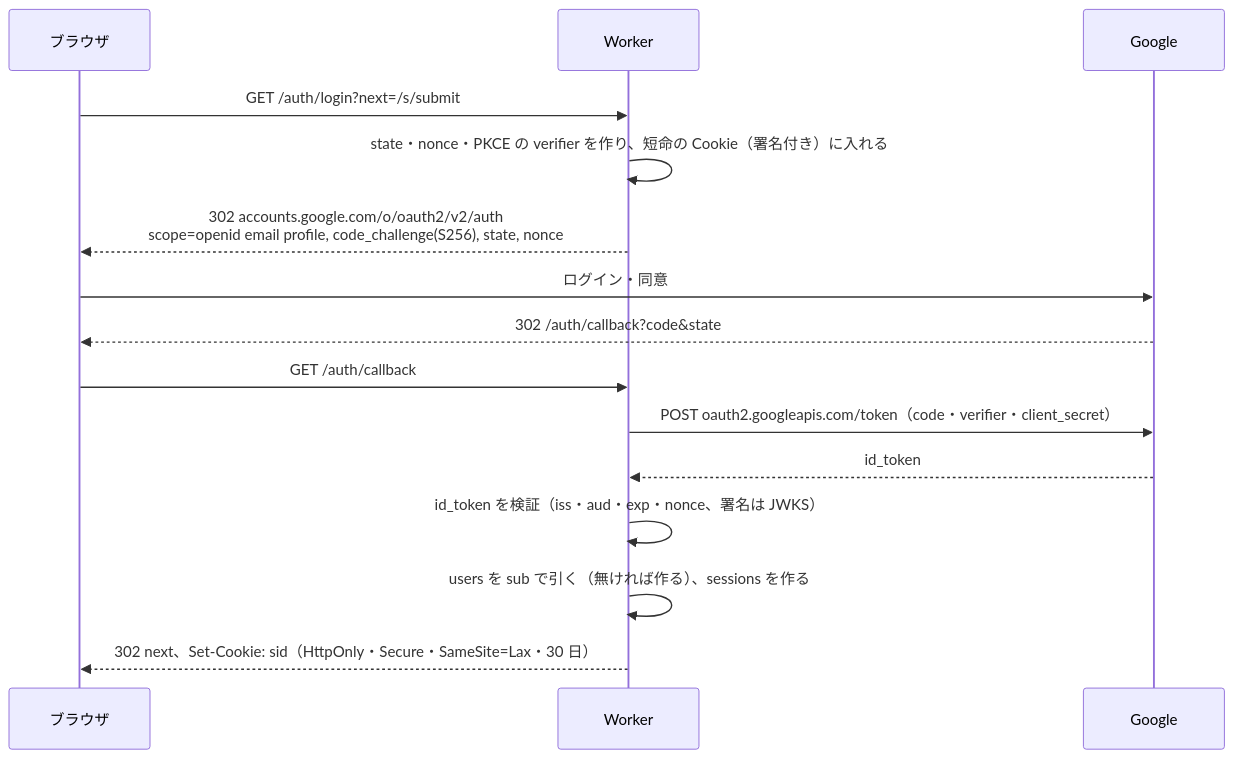
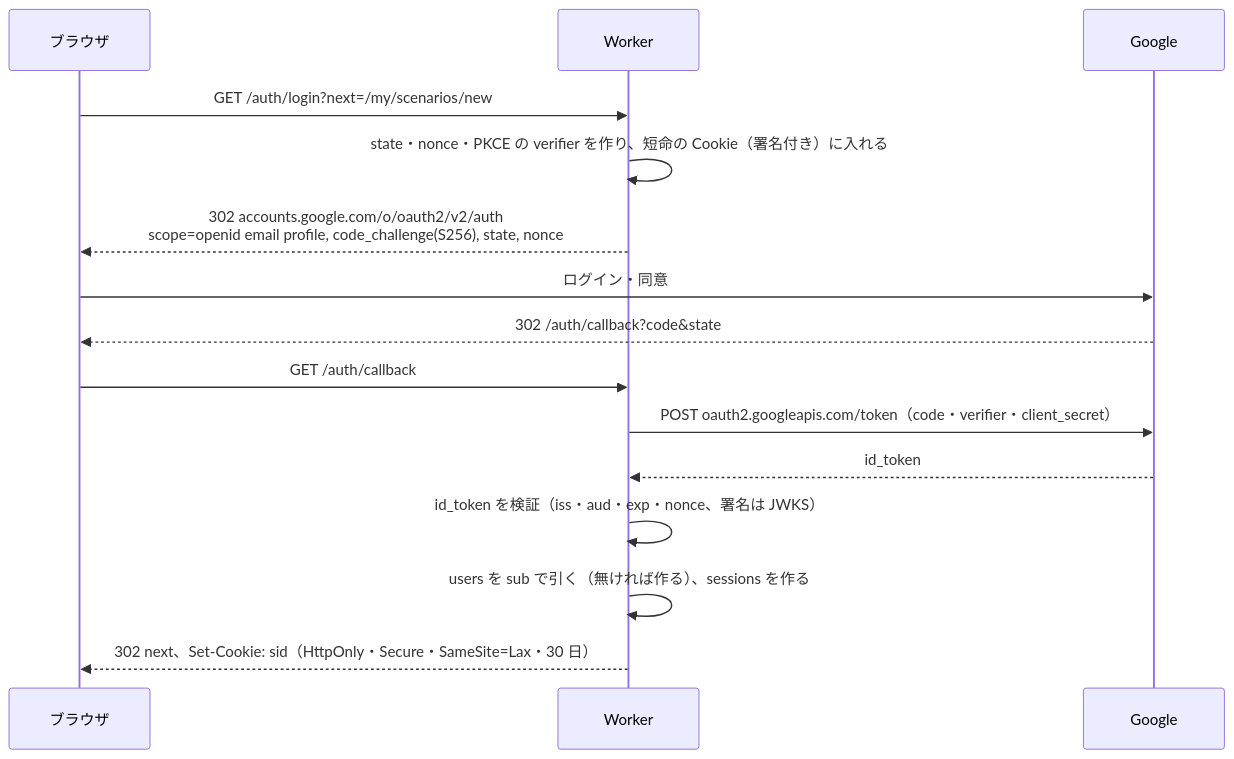
The second of 3 diagrams in docs/architecture.md (7474/SRC-Site), drawn with Mermaid before and after one commit. The commit also changed other lines of this file and 10 other files, not shown here.

````diff
--- a/docs/architecture.md
+++ b/docs/architecture.md
@@ -97,17 +158,17 @@
 ```mermaid
 sequenceDiagram
   participant B as ブラウザ
   participant W as Worker
   participant G as Google
-  B->>W: GET /auth/login?next=/s/submit
+  B->>W: GET /auth/login?next=/my/scenarios/new
   W->>W: state・nonce・PKCE の verifier を作り、短命の Cookie（署名付き）に入れる
   W-->>B: 302 accounts.google.com/o/oauth2/v2/auth<br/>scope=openid email profile, code_challenge(S256), state, nonce
   B->>G: ログイン・同意
   G-->>B: 302 /auth/callback?code&state
   B->>W: GET /auth/callback
   W->>G: POST oauth2.googleapis.com/token（code・verifier・client_secret）
   G-->>W: id_token
   W->>W: id_token を検証（iss・aud・exp・nonce、署名は JWKS）
   W->>W: users を sub で引く（無ければ作る）、sessions を作る
   W-->>B: 302 next、Set-Cookie: sid（HttpOnly・Secure・SameSite=Lax・30 日）
 ```
````
